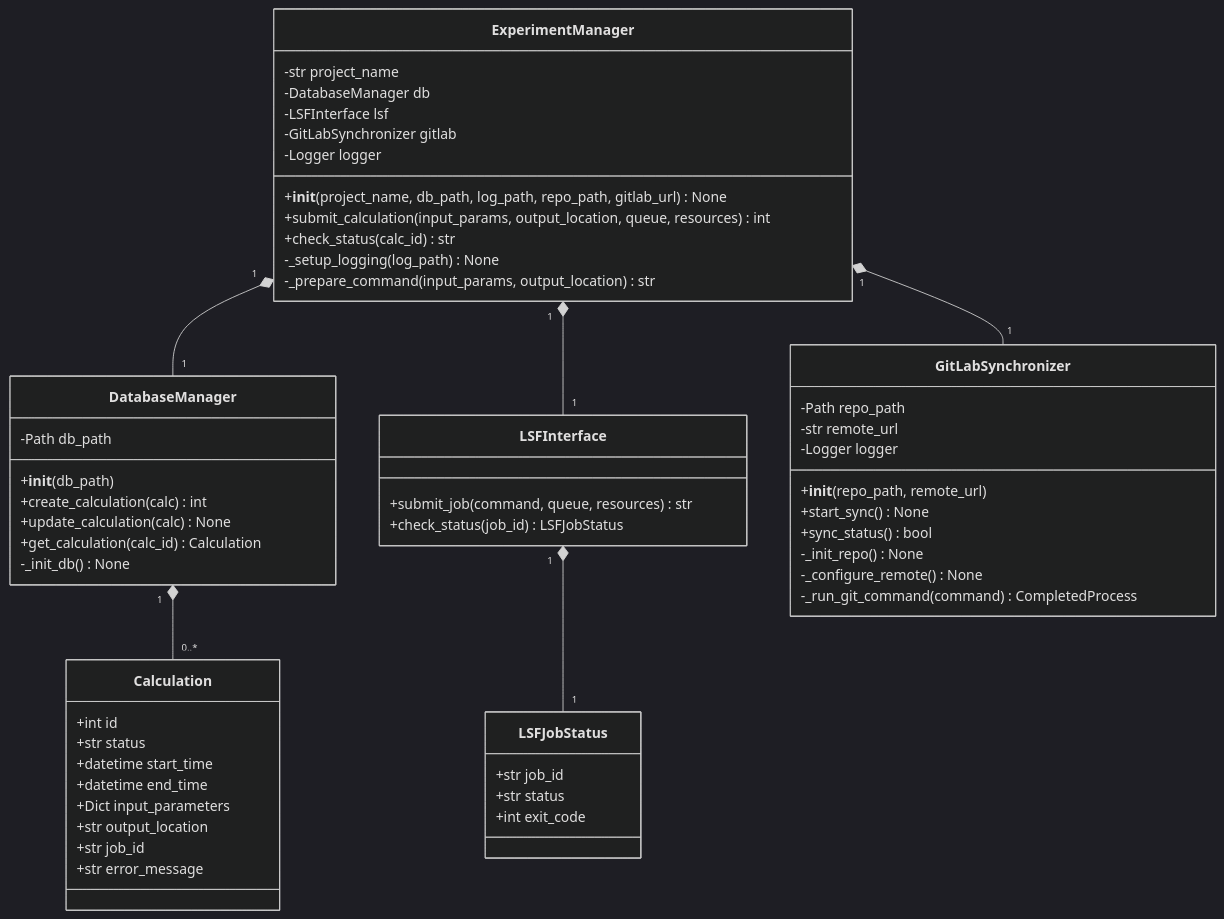
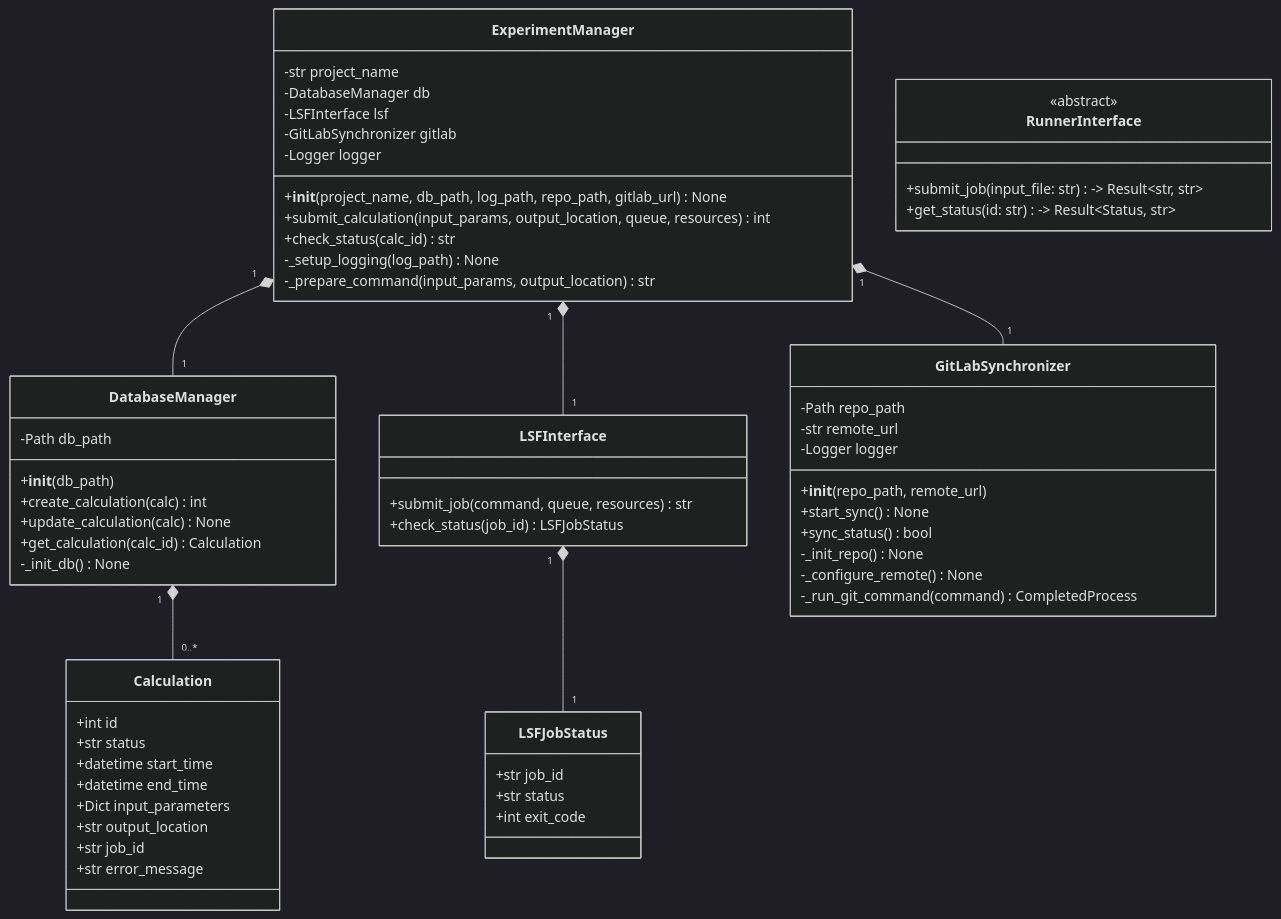
The first of 3 diagrams in .docs/02_development_doc02.md (Shimataka/computational-ops), drawn with Mermaid (dark theme) before and after one commit. The commit also changed other lines of this file and 3 other files, not shown here.

First line of the commit message:
docs: update README and development documentation with HPC context and new class diagrams

````diff
--- a/.docs/02_development_doc02.md
+++ b/.docs/02_development_doc02.md
@@ -9,64 +9,70 @@
 ```mermaid
 classDiagram
     class ExperimentManager {
         -str project_name
         -DatabaseManager db
         -LSFInterface lsf
         -GitLabSynchronizer gitlab
         -Logger logger
         +__init__(project_name, db_path, log_path, repo_path, gitlab_url) None
         +submit_calculation(input_params, output_location, queue, resources) int
         +check_status(calc_id) str
         -_setup_logging(log_path) None
         -_prepare_command(input_params, output_location) str
     }
 
     class DatabaseManager {
         -Path db_path
         +__init__(db_path)
         +create_calculation(calc) int
         +update_calculation(calc) None
         +get_calculation(calc_id) Calculation
         -_init_db() None
+    }
+
+    class RunnerInterface {
+        <<abstract>>
+        +submit_job(input_file: str) -> Result~str, str~
+        +get_status(id: str) -> Result~Status, str~
     }
 
     class LSFInterface {
         +submit_job(command, queue, resources) str
         +check_status(job_id) LSFJobStatus
     }
 
     class GitLabSynchronizer {
         -Path repo_path
         -str remote_url
         -Logger logger
         +__init__(repo_path, remote_url)
         +start_sync() None
         +sync_status() bool
         -_init_repo() None
         -_configure_remote() None
         -_run_git_command(command) CompletedProcess
     }
 
     class Calculation {
         +int id
         +str status
         +datetime start_time
         +datetime end_time
         +Dict input_parameters
         +str output_location
         +str job_id
         +str error_message
     }
 
     class LSFJobStatus {
         +str job_id
         +str status
         +int exit_code
     }
 
     ExperimentManager "1" *-- "1" DatabaseManager
     ExperimentManager "1" *-- "1" LSFInterface
     ExperimentManager "1" *-- "1" GitLabSynchronizer
     DatabaseManager "1" *-- "0..*" Calculation
     LSFInterface "1" *-- "1" LSFJobStatus
 ```
````
